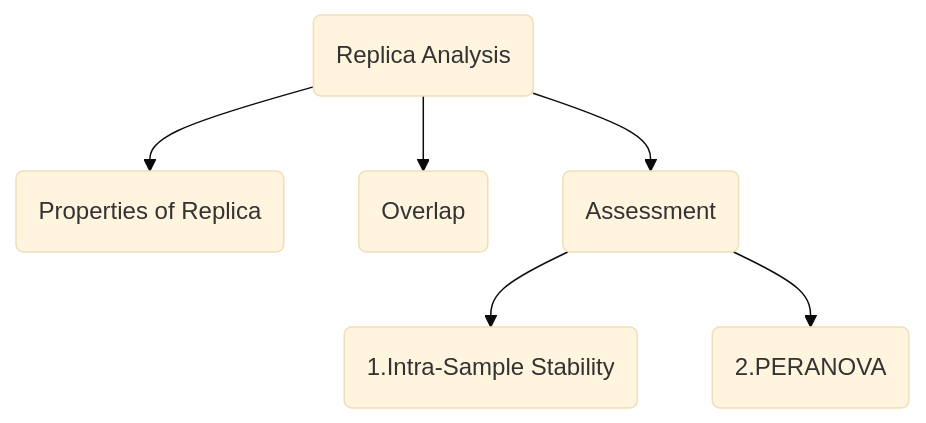
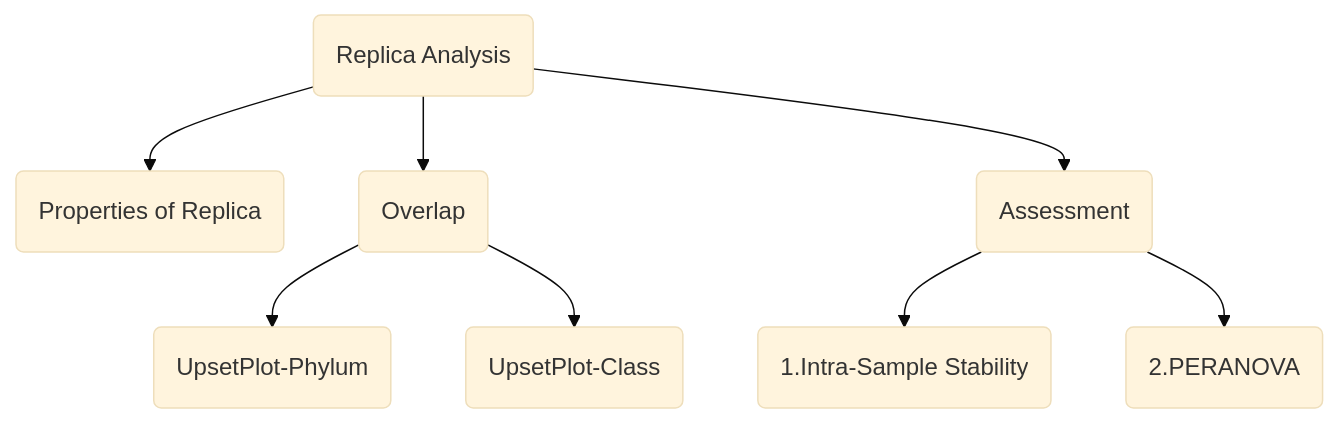
The diagram in Rscripts/Chap3/Quarto_Doc/Chap3_TechnicalReplica.qmd (dtklinh/Comprehensive_microbiome_PDAC_survey), drawn with Mermaid (base theme) before and after one commit. The commit also changed other lines of this file and 24 other files, not shown here.

Commit message:
add UpsetPlot and correcting jarcard distance

````diff
--- a/Rscripts/Chap3/Quarto_Doc/Chap3_TechnicalReplica.qmd
+++ b/Rscripts/Chap3/Quarto_Doc/Chap3_TechnicalReplica.qmd
@@ -217,15 +230,17 @@
 ```{mermaid}
 flowchart TD
   %%A[Hard edge] --> B(Round edge)
   %%A --> F(Others)
   %%B --> C{Decision}
   %%C --> D[Result one]
   %%C --> E[Result two]
   
   S(Replica Analysis) --> B(Properties of Replica)
   S --> C(Overlap)
+  C --> C1(UpsetPlot-Phylum)
+  C --> C2(UpsetPlot-Class)
   S --> D(Assessment)
   D --> D1(1.Intra-Sample Stability)
   D --> D2(2.PERANOVA)
   
 ```
````
